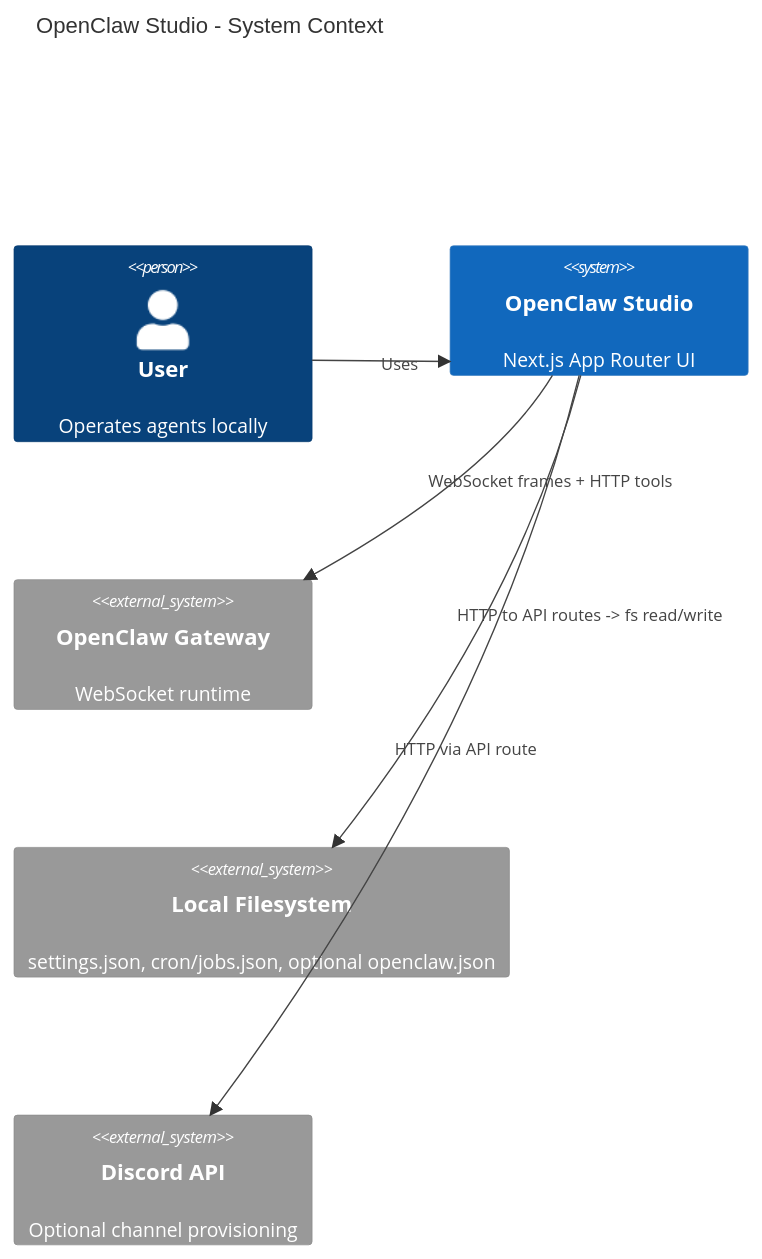
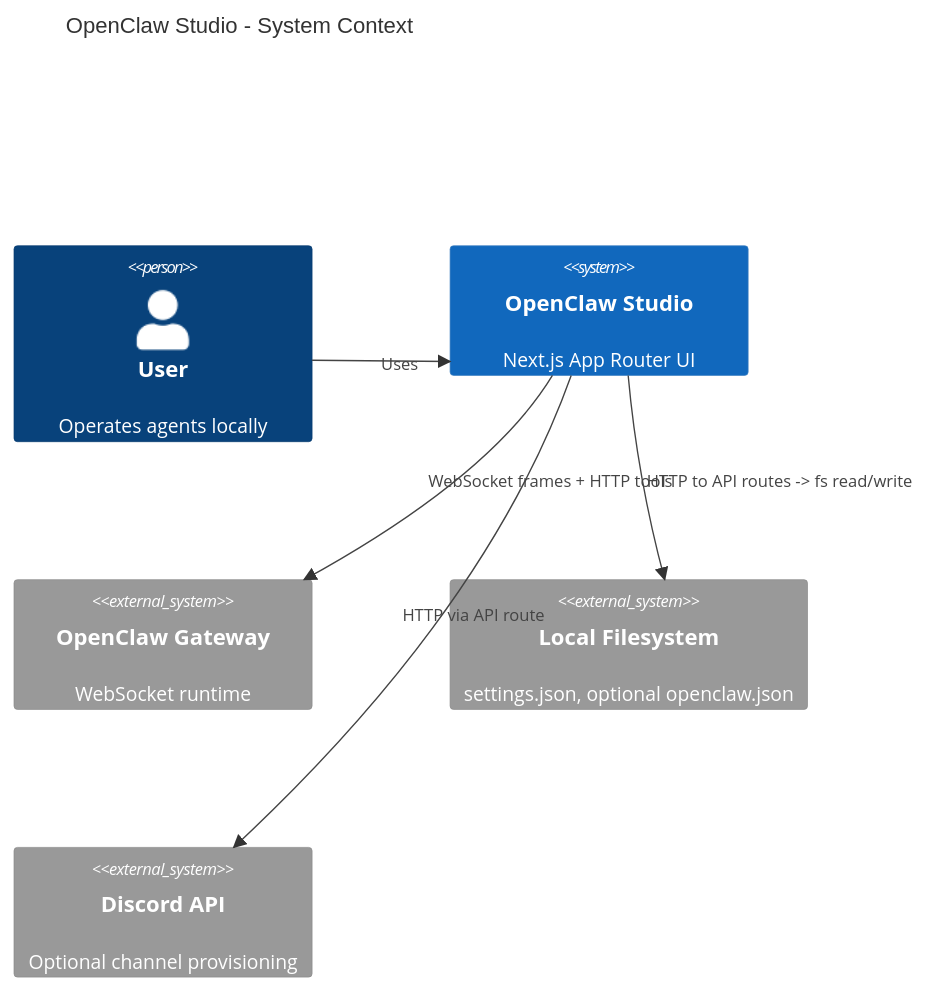
One commit to MichelCaini/openclaw-studio changed the first of 2 diagrams in ARCHITECTURE.md. Above: the diagram before and after it, drawn with Mermaid. The commit also changed other lines of this file and 11 other files, not shown here.

Commit message:
Add agent-scoped cron settings controls with run/delete

````diff
--- a/ARCHITECTURE.md
+++ b/ARCHITECTURE.md
@@ -123,14 +123,14 @@
 ```mermaid
 C4Context
   title OpenClaw Studio - System Context
   Person(user, "User", "Operates agents locally")
   System(ui, "OpenClaw Studio", "Next.js App Router UI")
   System_Ext(gateway, "OpenClaw Gateway", "WebSocket runtime")
-  System_Ext(fs, "Local Filesystem", "settings.json, cron/jobs.json, optional openclaw.json")
+  System_Ext(fs, "Local Filesystem", "settings.json, optional openclaw.json")
   System_Ext(discord, "Discord API", "Optional channel provisioning")
 
   Rel(user, ui, "Uses")
   Rel(ui, gateway, "WebSocket frames + HTTP tools")
   Rel(ui, fs, "HTTP to API routes -> fs read/write")
   Rel(ui, discord, "HTTP via API route")
 ```
````
